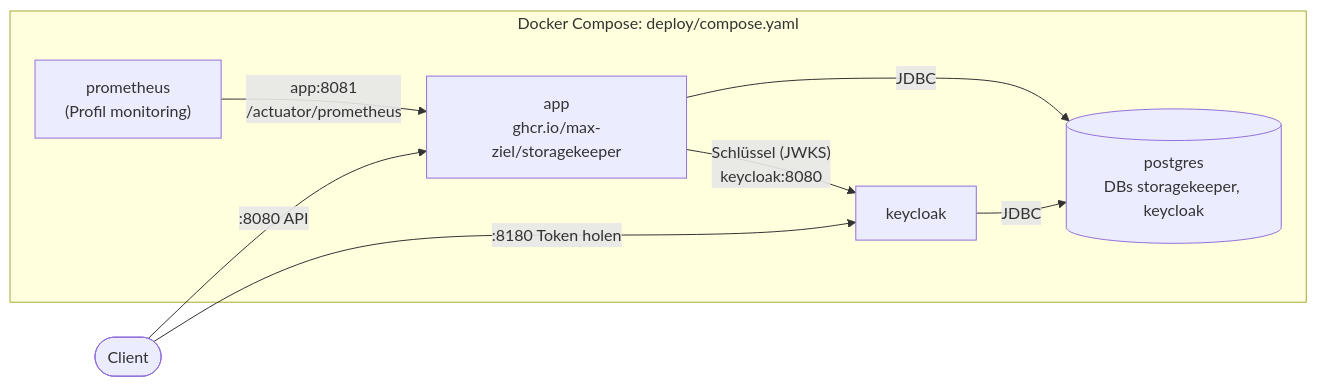
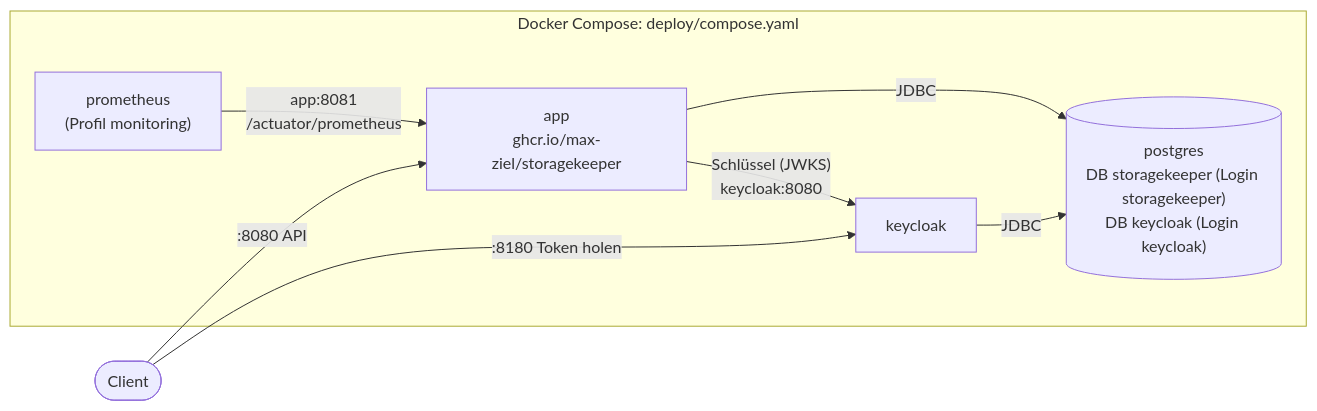
Before and after one commit to max-ziel/StorageKeeper: the seventh of 10 diagrams in docs/DOMAIN_MODEL.md, drawn with Mermaid. The commit also changed other lines of this file and 140 other files, not shown here.

````diff
--- a/docs/DOMAIN_MODEL.md
+++ b/docs/DOMAIN_MODEL.md
@@ -746,15 +804,15 @@
 ```mermaid
 flowchart LR
     User([Client]) -->|":8080 API"| App
     User -->|":8180 Token holen"| KC
     subgraph Net["Docker Compose: deploy/compose.yaml"]
         App["app<br/>ghcr.io/max-ziel/storagekeeper"]
         KC["keycloak"]
-        PG[("postgres<br/>DBs storagekeeper, keycloak")]
+        PG[("postgres<br/>DB storagekeeper (Login storagekeeper)<br/>DB keycloak (Login keycloak)")]
         Prom["prometheus<br/>(Profil monitoring)"]
         App -->|JDBC| PG
         KC -->|JDBC| PG
         App -->|"Schlüssel (JWKS)<br/>keycloak:8080"| KC
         Prom -->|"app:8081<br/>/actuator/prometheus"| App
     end
 ```
````
